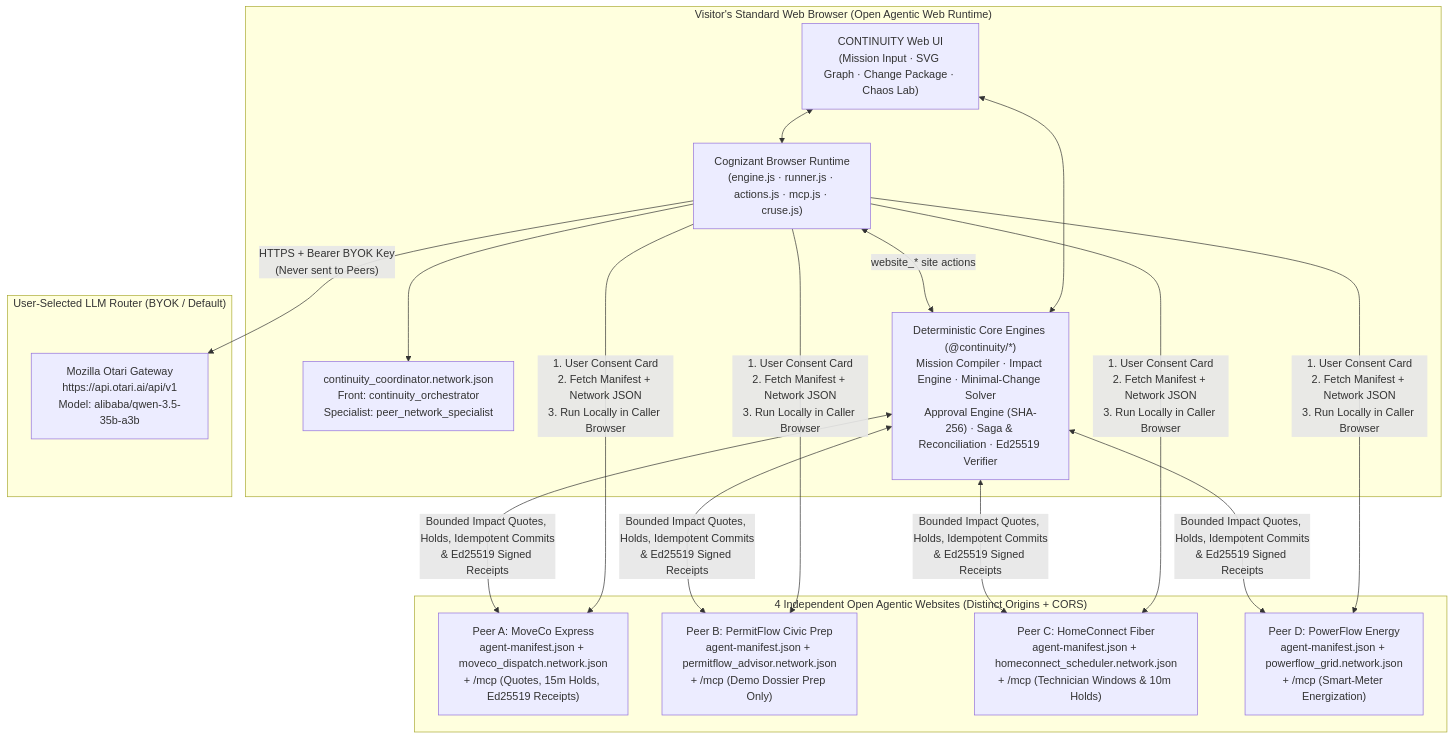
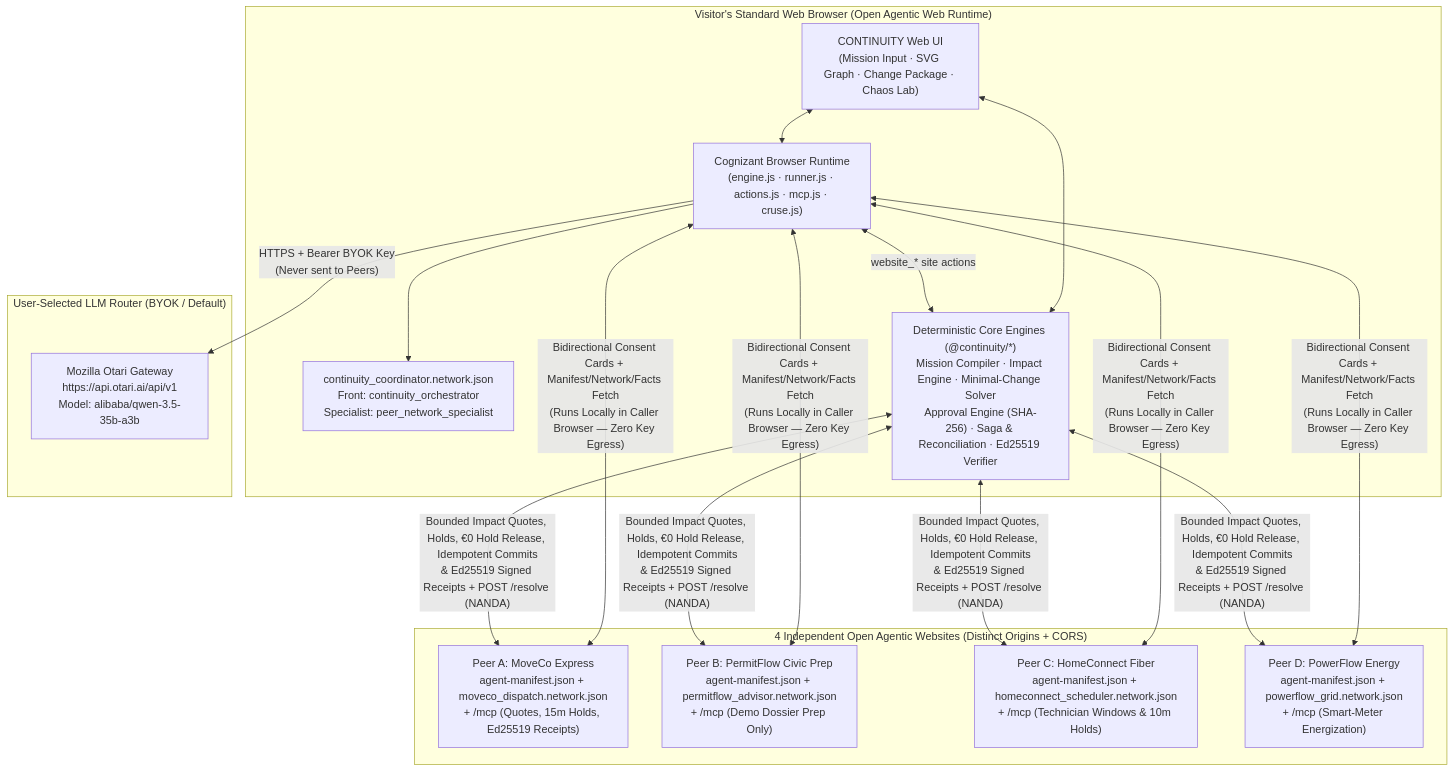
The diagram in docs/architecture/ARCHITECTURE.md (toskaman/continuity-agentic-web), drawn with Mermaid before and after one commit. The commit also changed other lines of this file and 192 other files, not shown here.

Commit message:
feat: bidirectional 5-site Open Agentic Web mesh, facts/ networks, NANDA AI Catalog, 5-tool Community Builder Kit & 66 automated tests

````diff
--- a/docs/architecture/ARCHITECTURE.md
+++ b/docs/architecture/ARCHITECTURE.md
@@ -5,28 +5,28 @@
 ```mermaid
 flowchart TB
     subgraph Browser["Visitor's Standard Web Browser (Open Agentic Web Runtime)"]
         UI["CONTINUITY Web UI\n(Mission Input · SVG Graph · Change Package · Chaos Lab)"]
         RT["Cognizant Browser Runtime\n(engine.js · runner.js · actions.js · mcp.js · cruse.js)"]
         NET["continuity_coordinator.network.json\nFront: continuity_orchestrator\nSpecialist: peer_network_specialist"]
         CORE["Deterministic Core Engines (@continuity/*)\nMission Compiler · Impact Engine · Minimal-Change Solver\nApproval Engine (SHA-256) · Saga & Reconciliation · Ed25519 Verifier"]
         UI <--> CORE
         UI <--> RT
         RT --> NET
         RT <-->|"website_* site actions"| CORE
     end
 
     subgraph Router["User-Selected LLM Router (BYOK / Default)"]
         OTARI["Mozilla Otari Gateway\nhttps://api.otari.ai/api/v1\nModel: alibaba/qwen-3.5-35b-a3b"]
     end
 
     subgraph Peers["4 Independent Open Agentic Websites (Distinct Origins + CORS)"]
         P1["Peer A: MoveCo Express\nagent-manifest.json + moveco_dispatch.network.json\n+ /mcp (Quotes, 15m Holds, Ed25519 Receipts)"]
         P2["Peer B: PermitFlow Civic Prep\nagent-manifest.json + permitflow_advisor.network.json\n+ /mcp (Demo Dossier Prep Only)"]
         P3["Peer C: HomeConnect Fiber\nagent-manifest.json + homeconnect_scheduler.network.json\n+ /mcp (Technician Windows & 10m Holds)"]
         P4["Peer D: PowerFlow Energy\nagent-manifest.json + powerflow_grid.network.json\n+ /mcp (Smart-Meter Energization)"]
     end
 
     RT -->|"HTTPS + Bearer BYOK Key\n(Never sent to Peers)"| OTARI
-    RT -->|"1. User Consent Card\n2. Fetch Manifest + Network JSON\n3. Run Locally in Caller Browser"| P1 & P2 & P3 & P4
-    CORE <-->|"Bounded Impact Quotes, Holds, Idempotent Commits\n& Ed25519 Signed Receipts"| P1 & P2 & P3 & P4
+    RT <-->|"Bidirectional Consent Cards + Manifest/Network/Facts Fetch\n(Runs Locally in Caller Browser — Zero Key Egress)"| P1 & P2 & P3 & P4
+    CORE <-->|"Bounded Impact Quotes, Holds, €0 Hold Release, Idempotent Commits\n& Ed25519 Signed Receipts + POST /resolve (NANDA)"| P1 & P2 & P3 & P4
 ```
````
